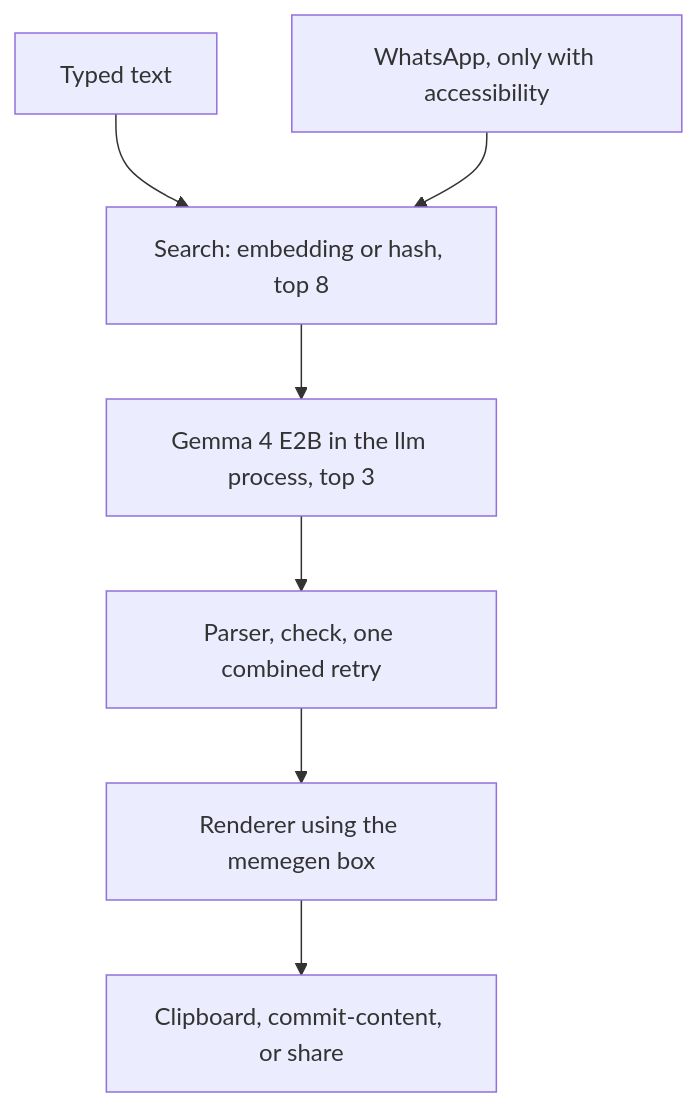
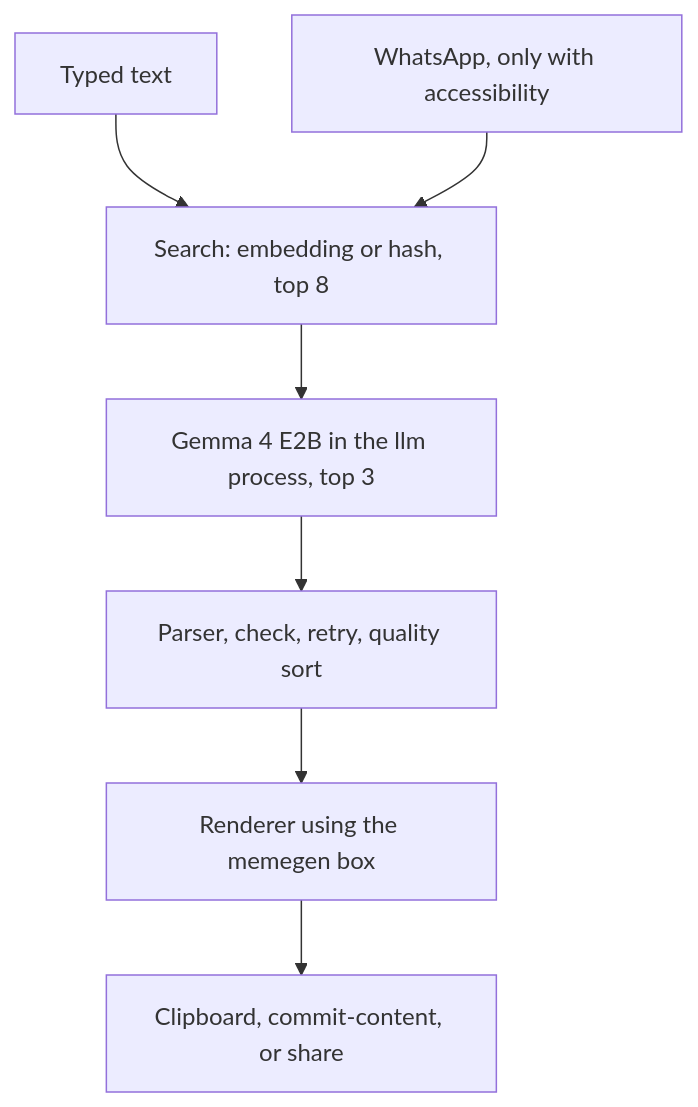
The diagram in README.md (slickdajackson/MemEm), drawn with Mermaid before and after one commit. The commit also changed other lines of this file and 14 other files, not shown here.

First line of the commit message:
MemEm 0.2.1: embedding relevance, salvage, and a quality sort.

````diff
--- a/README.md
+++ b/README.md
@@ -38,16 +38,16 @@
 ```mermaid
 flowchart TD
     typed[Typed text]
     chat[WhatsApp, only with accessibility]
     search[Search: embedding or hash, top 8]
     gemma[Gemma 4 E2B in the llm process, top 3]
-    check[Parser, check, one combined retry]
+    check[Parser, check, retry, quality sort]
     render[Renderer using the memegen box]
     field[Clipboard, commit-content, or share]
     typed --> search
     chat --> search
     search --> gemma
     gemma --> check
     check --> render
     render --> field
 ```
````
